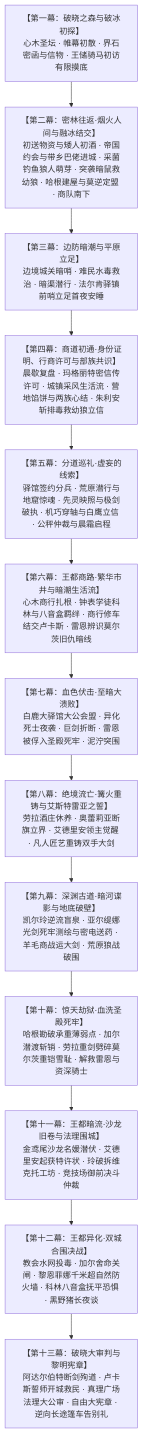
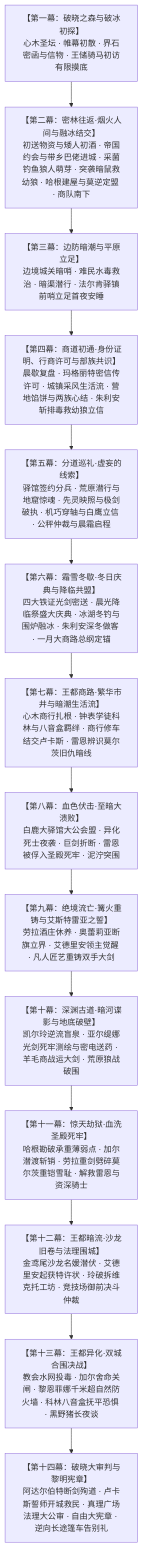
One commit to soranokiseki1437/eldoria-worldbook changed the diagram in 方案/第二部/README.md. Above: the diagram before and after it, drawn with Mermaid. The commit also changed other lines of this file and 7 other files, not shown here.

````diff
--- a/方案/第二部/README.md
+++ b/方案/第二部/README.md
@@ -12,18 +12,19 @@
 ```mermaid
 graph TD
     M1["【第一幕：破晓之森与破冰初探】<br/>心木圣坛 · 帷幕初散 · 界石密函与信物 · 王储骑马初访有限摸底"]
     M2["【第二幕：密林往返·烟火人间与融冰结交】<br/>初送物资与矮人初酒 · 帝国约会与带乡巴佬进城 · 采菌钓鱼狼人萌芽 · 突袭暗鼠救幼狼 · 哈根建屋与莫逆定盟 · 商队南下"]
     M3["【第三幕：边防暗潮与平原立足】<br/>边境城关暗哨 · 难民水毒救治 · 暗渠潜行 · 法尔肯驿镇前哨立足首夜安睡"]
     M4["【第四幕：商道初通·身份证明、行商许可与部族共识】<br/>晨歇复盘 · 玛格丽特密信传许可 · 城镇采风生活流 · 营地馅饼与两族心结 · 朱利安斩排毒救幼狼立信"]
     M5["【第五幕：分道巡礼·虚妄的线索】<br/>驿馆签约分兵 · 荒原潜行与地窟惊魂 · 先灵映照与极剑破执 · 机巧穿轴与白鹰立信 · 公秤仲裁与晨霜启程"]
-    M6["【第六幕：王都商路·繁华市井与暗潮生活流】<br/>心木商行扎根 · 钟表学徒科林与八音盒羁绊 · 商行修车结交卢卡斯 · 雷恩辨识莫尔茨旧仇暗线"]
-    M7["【第七幕：血色伏击·至暗大溃败】<br/>白鹿大驿馆大公会盟 · 异化死士夜袭 · 巨剑折断 · 雷恩被俘入圣殿死牢 · 泥泞突围"]
-    M8["【第八幕：绝境流亡·篝火重铸与艾斯特雷亚之誓】<br/>劳拉酒庄休养 · 奥蕾莉亚断旗立界 · 艾德里安领主觉醒 · 凡人匠艺重铸双手大剑"]
-    M9["【第九幕：深渊古道·暗河谍影与地底破壁】<br/>凯尔玲逆流盲泉 · 亚尔缇娜光剑死牢测绘与密电送药 · 羊毛商战运大剑 · 荒原狼战破围"]
-    M10["【第十幕：惊天劫狱·血洗圣殿死牢】<br/>哈根勘破承重薄弱点 · 加尔潜渡斩销 · 劳拉重剑劈碎莫尔茨重铠雪耻 · 解救雷恩与资深骑士"]
-    M11["【第十一幕：王都暗流·沙龙旧卷与法理围城】<br/>金鸢尾沙龙名媛潜伏 · 艾德里安起获特许状 · 玲破拆维克托工坊 · 竞技场御前决斗仲裁"]
-    M12["【第十二幕：王都异化·双城合围决战】<br/>教会水网投毒 · 加尔舍命关闸 · 黎恩菲娜千米超自然防火墙 · 科林八音盒抚平恐惧 · 黑野猪长夜谈"]
-    M13["【第十三幕：破晓大审判与黎明宪章】<br/>阿达尔伯特断剑殉道 · 卢卡斯誓师开城救民 · 真理广场法理大公审 · 自由大宪章 · 逆向长途篷车告别礼"]
+    M6["【第六幕：霜雪冬歇·冬日庆典与降临共盟】<br/>四大铁证光剑密送 · 晨光降临祭盛大庆典 · 冰湖冬钓与围炉融冰 · 朱利安深冬做客 · 一月大商路总纲定锚"]
+    M7["【第七幕：王都商路·繁华市井与暗潮生活流】<br/>心木商行扎根 · 钟表学徒科林与八音盒羁绊 · 商行修车结交卢卡斯 · 雷恩辨识莫尔茨旧仇暗线"]
+    M8["【第八幕：血色伏击·至暗大溃败】<br/>白鹿大驿馆大公会盟 · 异化死士夜袭 · 巨剑折断 · 雷恩被俘入圣殿死牢 · 泥泞突围"]
+    M9["【第九幕：绝境流亡·篝火重铸与艾斯特雷亚之誓】<br/>劳拉酒庄休养 · 奥蕾莉亚断旗立界 · 艾德里安领主觉醒 · 凡人匠艺重铸双手大剑"]
+    M10["【第十幕：深渊古道·暗河谍影与地底破壁】<br/>凯尔玲逆流盲泉 · 亚尔缇娜光剑死牢测绘与密电送药 · 羊毛商战运大剑 · 荒原狼战破围"]
+    M11["【第十一幕：惊天劫狱·血洗圣殿死牢】<br/>哈根勘破承重薄弱点 · 加尔潜渡斩销 · 劳拉重剑劈碎莫尔茨重铠雪耻 · 解救雷恩与资深骑士"]
+    M12["【第十二幕：王都暗流·沙龙旧卷与法理围城】<br/>金鸢尾沙龙名媛潜伏 · 艾德里安起获特许状 · 玲破拆维克托工坊 · 竞技场御前决斗仲裁"]
+    M13["【第十三幕：王都异化·双城合围决战】<br/>教会水网投毒 · 加尔舍命关闸 · 黎恩菲娜千米超自然防火墙 · 科林八音盒抚平恐惧 · 黑野猪长夜谈"]
+    M14["【第十四幕：破晓大审判与黎明宪章】<br/>阿达尔伯特断剑殉道 · 卢卡斯誓师开城救民 · 真理广场法理大公审 · 自由大宪章 · 逆向长途篷车告别礼"]
 
-    M1 --> M2 --> M3 --> M4 --> M5 --> M6 --> M7 --> M8 --> M9 --> M10 --> M11 --> M12 --> M13
+    M1 --> M2 --> M3 --> M4 --> M5 --> M6 --> M7 --> M8 --> M9 --> M10 --> M11 --> M12 --> M13 --> M14
 ```
````
